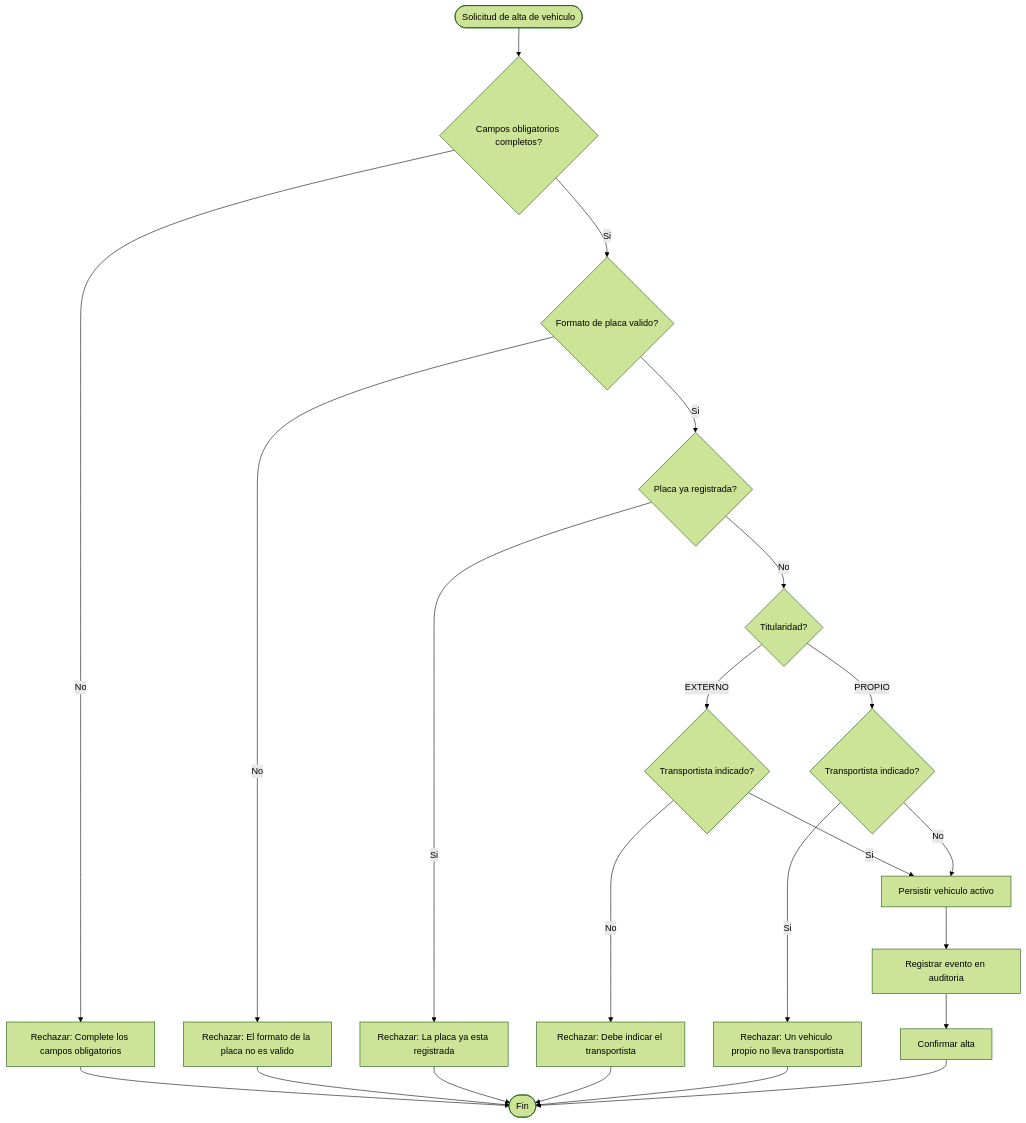
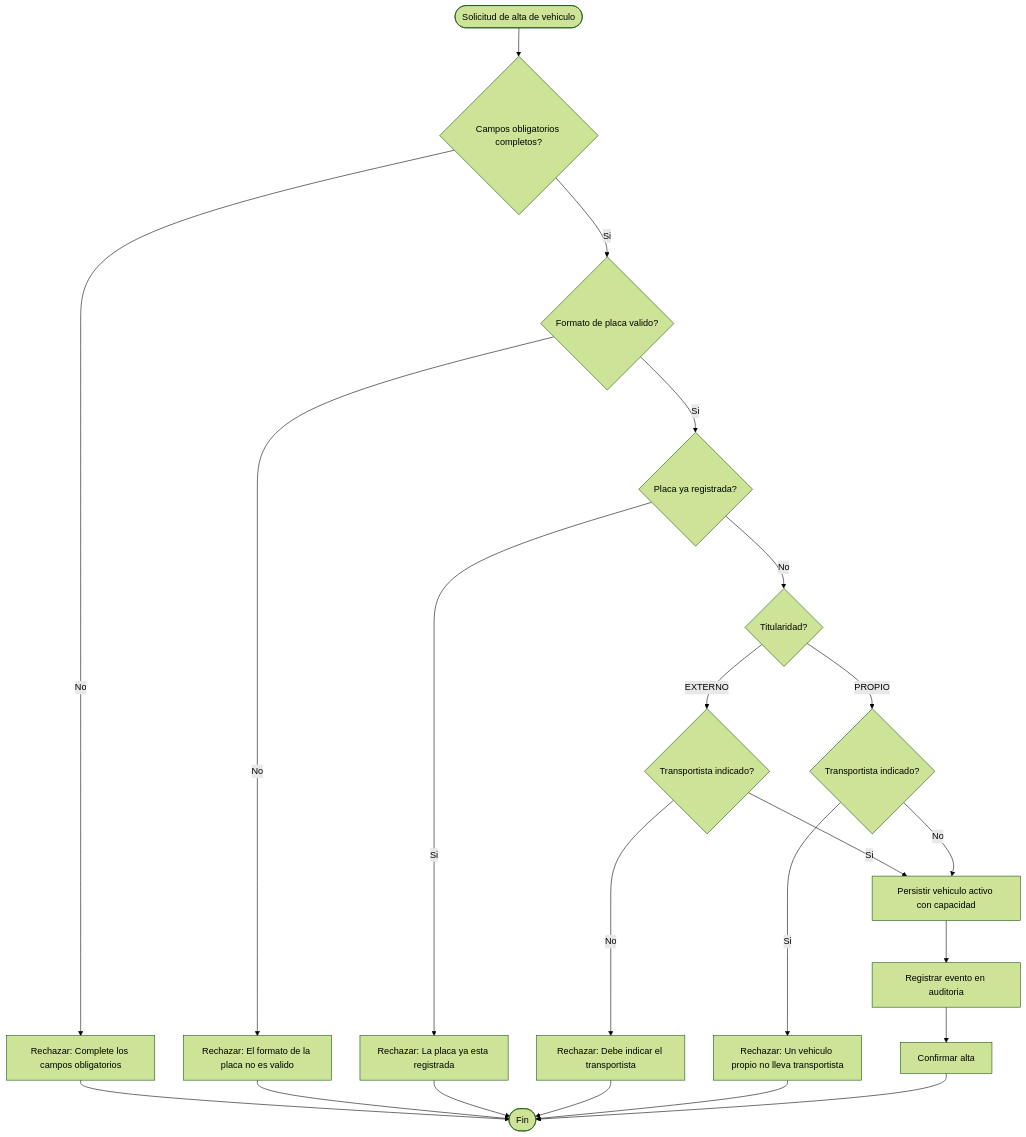
The first of 2 diagrams in docs/modulos/M02-catalogo/diagramas/actividades.md (adlerOmonte1/LogisticaMinera), drawn with Mermaid (forest theme) before and after one commit. The commit also changed other lines of this file and 9 other files, not shown here.

````diff
--- a/docs/modulos/M02-catalogo/diagramas/actividades.md
+++ b/docs/modulos/M02-catalogo/diagramas/actividades.md
@@ -5,24 +5,24 @@
 ```mermaid
 flowchart TD
     Start([Solicitud de alta de vehiculo]) --> V1{Campos obligatorios completos?}
     V1 -->|No| E1[Rechazar: Complete los campos obligatorios]
     E1 --> Fin([Fin])
     V1 -->|Si| V2{Formato de placa valido?}
     V2 -->|No| E2[Rechazar: El formato de la placa no es valido]
     E2 --> Fin
     V2 -->|Si| V3{Placa ya registrada?}
     V3 -->|Si| E3[Rechazar: La placa ya esta registrada]
     E3 --> Fin
     V3 -->|No| V4{Titularidad?}
     V4 -->|EXTERNO| V5{Transportista indicado?}
     V5 -->|No| E4[Rechazar: Debe indicar el transportista]
     E4 --> Fin
-    V5 -->|Si| P1[Persistir vehiculo activo]
+    V5 -->|Si| P1[Persistir vehiculo activo con capacidad]
     V4 -->|PROPIO| V6{Transportista indicado?}
     V6 -->|Si| E5[Rechazar: Un vehiculo propio no lleva transportista]
     E5 --> Fin
     V6 -->|No| P1
     P1 --> A1[Registrar evento en auditoria]
     A1 --> C1[Confirmar alta]
     C1 --> Fin
 ```
````
